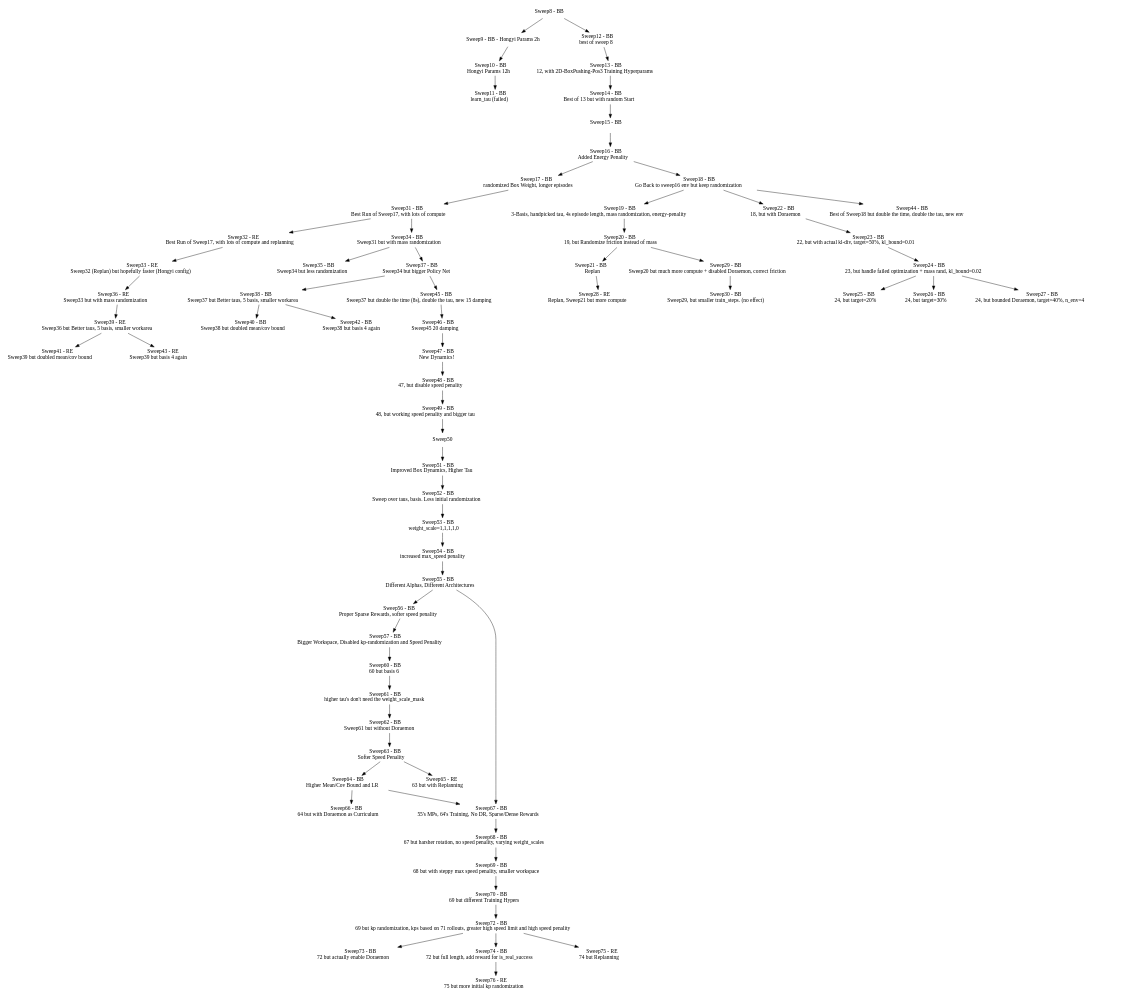
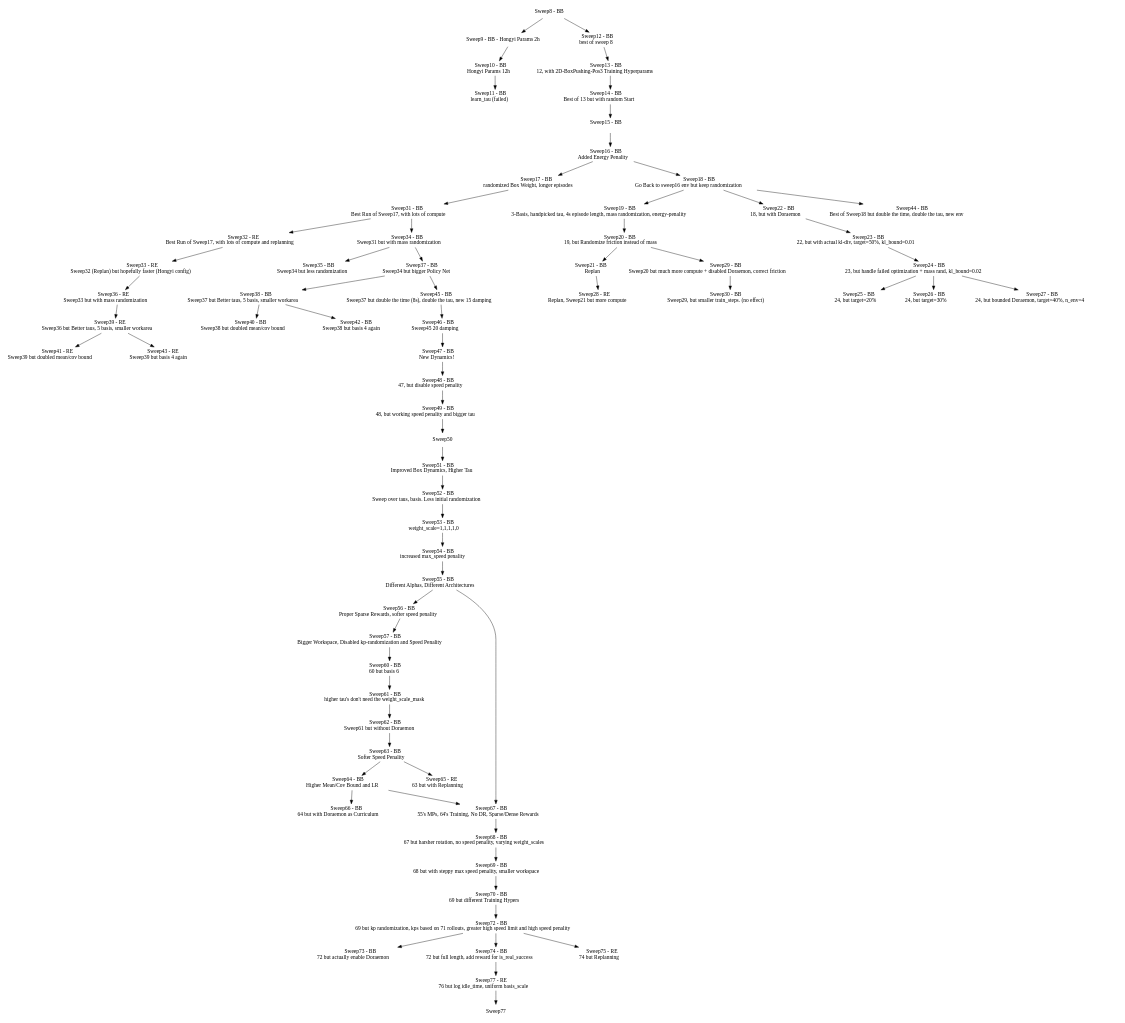
One commit to maxmunzel/fancy_gym changed the diagram in sweeps.dot. Above: the diagram before and after it, drawn with Graphviz. The commit also changed 2 other files, not shown here.

Commit message:
Sweep77 - log idle_time, uniform weight_scale

```diff
--- a/sweeps.dot
+++ b/sweeps.dot
@@ -1,137 +1,139 @@
 digraph Sweeps {
     // Nodes
     node [shape=plaintext]
     "Sweep8"  [label=<Sweep8 - BB>];
     "Sweep9"  [label=<Sweep9 - BB - Hongyi Params 2h>];
     "Sweep10" [label=<Sweep10 - BB <BR/> Hongyi Params 12h>];
     "Sweep11" [label=<Sweep11 - BB <BR/> learn_tau (failed)>];
     "Sweep12" [label=<Sweep12 - BB <BR/> best of sweep 8>];
     "Sweep13" [label=<Sweep13 - BB <BR/> 12, with 2D-BoxPushing-Pos3 Training Hyperparams>];
     "Sweep14" [label=<Sweep14 - BB <BR/> Best of 13 but with random Start>];
     "Sweep15" [label=<Sweep15 - BB <BR/> >];
     "Sweep16" [label=<Sweep16 - BB <BR/> Added Energy Penality>];
     "Sweep17" [label=<Sweep17 - BB <BR/> randomized Box Weight, longer episodes>];
     "Sweep18" [label=<Sweep18 - BB <BR/> Go Back to sweep16 env but keep randomization>];
     "Sweep19" [label=<Sweep19 - BB <BR/> 3-Basis, handpicked tau, 4s episode length, mass randomization, energy-penality>];
     "Sweep20" [label=<Sweep20 - BB <BR/> 19, but Randomize friction instead of mass>];
     "Sweep21" [label=<Sweep21 - BB <BR/> Replan>];
     "Sweep22" [label=<Sweep22 - BB <BR/> 18, but with Doraemon>];
     "Sweep23" [label=<Sweep23 - BB <BR/> 22, but with actual kl-div, target=50%, kl_bound=0.01>];
     "Sweep24" [label=<Sweep24 - BB <BR/> 23, but handle failed optimization + mass rand, kl_bound=0.02>];
     "Sweep25" [label=<Sweep25 - BB <BR/> 24, but target=20%>];
     "Sweep26" [label=<Sweep26 - BB <BR/> 24, but target=30%>];
     "Sweep27" [label=<Sweep27 - BB <BR/> 24, but bounded Doraemon, target=40%, n_env=4>];
     "Sweep28" [label=<Sweep28 - RE <BR/> Replan, Sweep21 but more compute>];
     "Sweep29" [label=<Sweep29 - BB <BR/> Sweep20 but much more compute + disabled Doraemon, correct friction>];
     "Sweep30" [label=<Sweep30 - BB <BR/> Sweep29, but smaller train_steps. (no effect)>];
     "Sweep31" [label=<Sweep31 - BB <BR/> Best Run of Sweep17, with lots of compute>];
     "Sweep32" [label=<Sweep32 - RE <BR/> Best Run of Sweep17, with lots of compute and replanning>];
     "Sweep33" [label=<Sweep33 - RE <BR/> Sweep32 (Replan) but hopefully faster (Hongyi config)>];
     "Sweep34" [label=<Sweep34 - BB <BR/> Sweep31 but with mass randomization>];
     "Sweep35" [label=<Sweep35 - BB <BR/> Sweep34 but less randomization>];
     "Sweep36" [label=<Sweep36 - RE <BR/> Sweep33 but with mass randomization>];
     "Sweep37" [label=<Sweep37 - BB <BR/> Sweep34 but bigger Policy Net>];
     "Sweep38" [label=<Sweep38 - BB <BR/> Sweep37 but Better taus, 5 basis, smaller workarea>];
     "Sweep39" [label=<Sweep39 - RE <BR/> Sweep36 but Better taus, 5 basis, smaller workarea>];
     "Sweep40" [label=<Sweep40 - BB <BR/> Sweep38 but doubled mean/cov bound>];
     "Sweep41" [label=<Sweep41 - RE <BR/> Sweep39 but doubled mean/cov bound>];
     "Sweep42" [label=<Sweep42 - BB <BR/> Sweep38 but basis 4 again>];
     "Sweep43" [label=<Sweep43 - RE <BR/> Sweep39 but basis 4 again>];
     "Sweep44" [label=<Sweep44 - BB <BR/> Best of Sweep18 but double the time, double the tau, new env>];
     "Sweep45" [label=<Sweep45 - BB <BR/> Sweep37 but double the time (8s), double the tau, new 15 damping>];
     "Sweep46" [label=<Sweep46 - BB <BR/> Sweep45 20 damping>];
     "Sweep47" [label=<Sweep47 - BB <BR/> New Dynamics! >];
     "Sweep48" [label=<Sweep48 - BB <BR/> 47, but disable speed penality  >];
     "Sweep49" [label=<Sweep49 - BB <BR/> 48, but working speed penality and bigger tau  >];
     "Sweep51" [label=<Sweep51 - BB <BR/> Improved Box Dynamics, Higher Tau>];
     "Sweep52" [label=<Sweep52 - BB <BR/> Sweep over taus, basis. Less initial randomization>];
     "Sweep53" [label=<Sweep53 - BB <BR/> weight_scale=1,1,1,1,0 >];
     "Sweep54" [label=<Sweep54 - BB <BR/> increased max_speed penality>];
     "Sweep55" [label=<Sweep55 - BB <BR/> Different Alphas, Different Architectures>];
     "Sweep56" [label=<Sweep56 - BB <BR/> Proper Sparse Rewards, softer speed penality>];
     "Sweep57" [label=<Sweep57 - BB <BR/> Bigger Workspace, Disabled kp-randomization and Speed Penality>];
     "Sweep60" [label=<Sweep60 - BB <BR/> 60 but basis 6>];
     "Sweep61" [label=<Sweep61 - BB <BR/> higher tau's don't need the weight_scale_mask>];
     "Sweep62" [label=<Sweep62 - BB <BR/> Sweep61 but without Doraemon>];
     "Sweep63" [label=<Sweep63 - BB <BR/> Softer Speed Penality >];
     "Sweep64" [label=<Sweep64 - BB <BR/> Higher Mean/Cov Bound and LR >];
     "Sweep65" [label=<Sweep65 - RE <BR/> 63 but with Replanning >];
     "Sweep66" [label=<Sweep66 - BB <BR/> 64 but with Doraemon as Curriculum >];
     "Sweep67" [label=<Sweep67 - BB <BR/> 55's MPs, 64's Training, No DR, Sparse/Dense Rewards >];
     "Sweep68" [label=<Sweep68 - BB <BR/> 67 but harsher rotation, no speed penality, varying weight_scales >];
     "Sweep69" [label=<Sweep69 - BB <BR/> 68 but with steppy max speed penality, smaller workspace >];
     "Sweep70" [label=<Sweep70 - BB <BR/> 69 but different Training Hypers >];
     "Sweep72" [label=<Sweep72 - BB <BR/> 69 but kp randomization, kps based on 71 rollouts, greater high speed limit and high speed penality >];
     "Sweep73" [label=<Sweep73 - BB <BR/> 72 but actually enable Doraemon >];
     "Sweep74" [label=<Sweep74 - BB <BR/> 72 but full length, add reward for is_real_success >];
     "Sweep75" [label=<Sweep75 - RE <BR/> 74 but Replanning >];
     "Sweep76" [label=<Sweep76 - RE <BR/> 75 but more initial kp randomization>];
+    "Sweep76" [label=<Sweep77 - RE <BR/> 76 but log idle_time, uniform basis_scale>];
 
     // Edges
     "Sweep8" -> "Sweep9"
     "Sweep9" -> "Sweep10"
     "Sweep10" -> "Sweep11"
     "Sweep8" -> "Sweep12"
     "Sweep12" -> "Sweep13"
     "Sweep13" -> "Sweep14"
     "Sweep16" -> "Sweep18"
     "Sweep18" -> "Sweep19"
     "Sweep19" -> "Sweep20"
     "Sweep21" -> "Sweep28"
     "Sweep20" -> "Sweep29"
     "Sweep29" -> "Sweep30"
     "Sweep17" -> "Sweep31"
     "Sweep31" -> "Sweep32"
     "Sweep32" -> "Sweep33"
     "Sweep31" -> "Sweep34"
     "Sweep34" -> "Sweep35"
     "Sweep33" -> "Sweep36"
     "Sweep34" -> "Sweep37"
     "Sweep37" -> "Sweep38"
     "Sweep36" -> "Sweep39"
     "Sweep38" -> "Sweep40"
     "Sweep39" -> "Sweep41"
     "Sweep38" -> "Sweep42"
     "Sweep39" -> "Sweep43"
     "Sweep18" -> "Sweep22"
     "Sweep22" -> "Sweep23"
     "Sweep23" -> "Sweep24"
     "Sweep24" -> "Sweep25"
     "Sweep24" -> "Sweep26"
     "Sweep24" -> "Sweep27"
     "Sweep18" -> "Sweep44"
     "Sweep14" -> "Sweep15"
     "Sweep15" -> "Sweep16"
     "Sweep16" -> "Sweep17"
     "Sweep20" -> "Sweep21"
     "Sweep37" -> "Sweep45"
     "Sweep45" -> "Sweep46"
     "Sweep46" -> "Sweep47"
     "Sweep47" -> "Sweep48"
     "Sweep48" -> "Sweep49"
     "Sweep49" -> "Sweep50"
     "Sweep50" -> "Sweep51"
     "Sweep51" -> "Sweep52"
     "Sweep52" -> "Sweep53"
     "Sweep53" -> "Sweep54"
     "Sweep54" -> "Sweep55"
     "Sweep55" -> "Sweep56"
     "Sweep56" -> "Sweep57"
     "Sweep57" -> "Sweep60"
     "Sweep60" -> "Sweep61"
     "Sweep61" -> "Sweep62"
     "Sweep62" -> "Sweep63"
     "Sweep63" -> "Sweep64"
     "Sweep63" -> "Sweep65"
     "Sweep64" -> "Sweep66"
     "Sweep55" -> "Sweep67"
     "Sweep64" -> "Sweep67"
     "Sweep67" -> "Sweep68"
     "Sweep68" -> "Sweep69"
     "Sweep69" -> "Sweep70"
     "Sweep70" -> "Sweep72"
     "Sweep72" -> "Sweep73"
     "Sweep72" -> "Sweep74"
     "Sweep72" -> "Sweep75"
     "Sweep74" -> "Sweep76"
+    "Sweep76" -> "Sweep77"
 }
```
